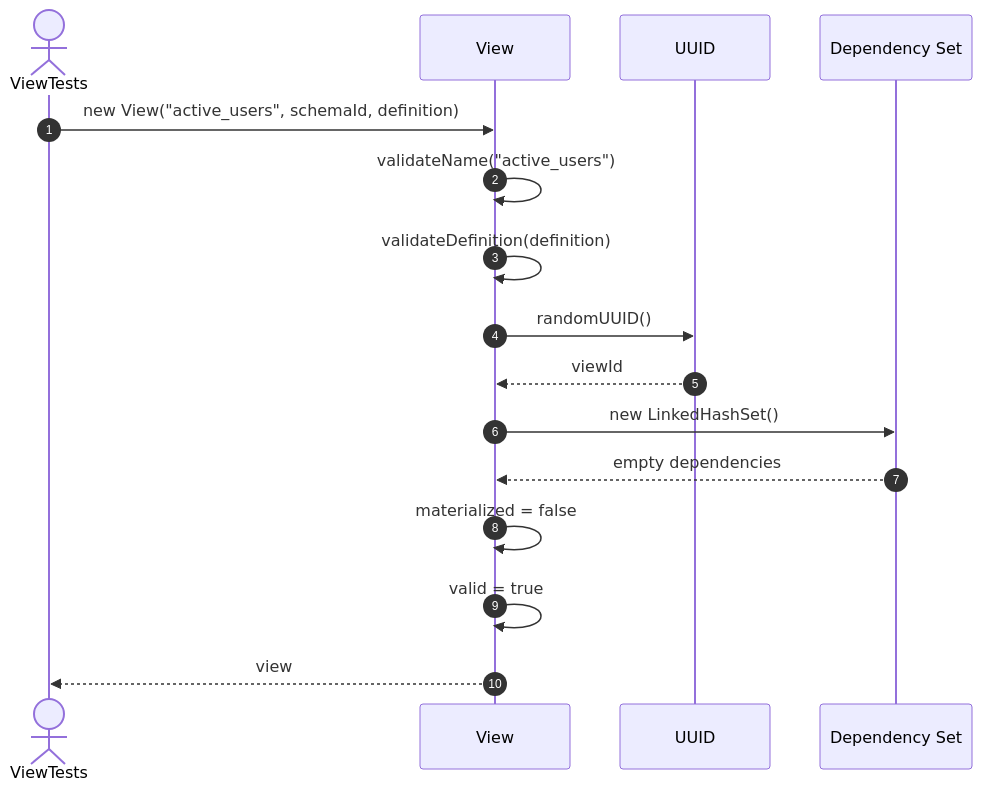
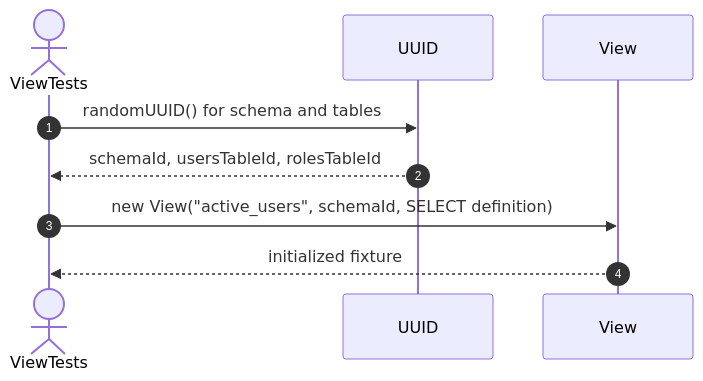
The first of 48 diagrams in src/tests/unit/metadata/docs/view-testing.se.md (FhuAnn/-bbv-AN-s-DBMS), drawn with Mermaid before and after one commit. The commit also changed other lines of this file and 7 other files, not shown here.

Commit message:
update detail testing process up to now in readme, update constraint testing sequences

````diff
--- a/src/tests/unit/metadata/docs/view-testing.se.md
+++ b/src/tests/unit/metadata/docs/view-testing.se.md
@@ -5,19 +4,12 @@
 ```mermaid
 sequenceDiagram
     autonumber
     actor Test as ViewTests
+    participant UUID as UUID
     participant View as View
-    participant UUID as UUID
-    participant Dependencies as Dependency Set
 
-    Test->>View: new View("active_users", schemaId, definition)
-    View->>View: validateName("active_users")
-    View->>View: validateDefinition(definition)
-    View->>UUID: randomUUID()
-    UUID-->>View: viewId
-    View->>Dependencies: new LinkedHashSet()
-    Dependencies-->>View: empty dependencies
-    View->>View: materialized = false
-    View->>View: valid = true
-    View-->>Test: view
+    Test->>UUID: randomUUID() for schema and tables
+    UUID-->>Test: schemaId, usersTableId, rolesTableId
+    Test->>View: new View("active_users", schemaId, SELECT definition)
+    View-->>Test: initialized fixture
 ```
````
